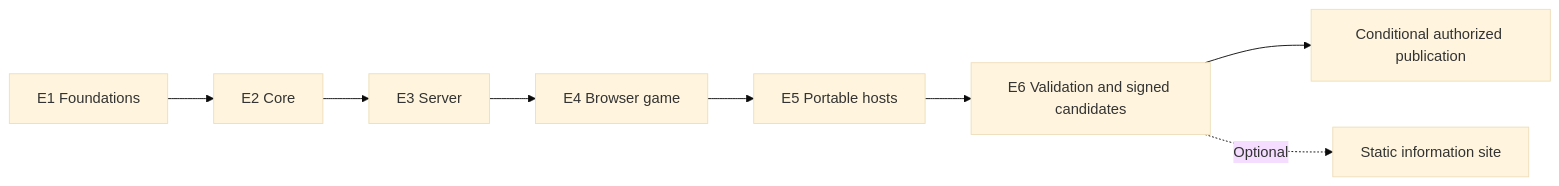
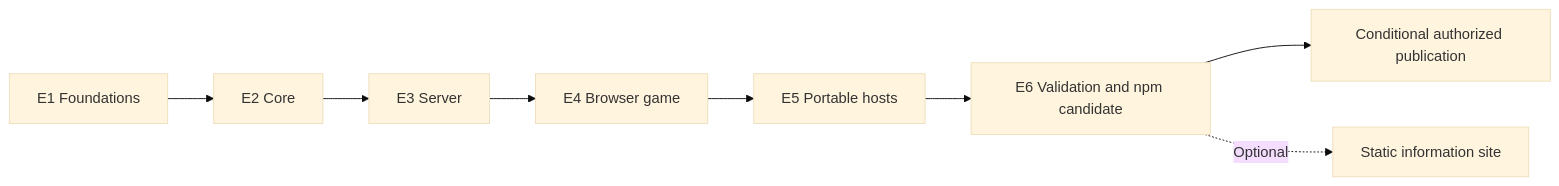
The diagram in docs/IMPLEMENTATION-PLAN.md (hongkian03/niche-out), drawn with Mermaid (base theme) before and after one commit. The commit also changed other lines of this file and 145 other files, not shown here.

````diff
--- a/docs/IMPLEMENTATION-PLAN.md
+++ b/docs/IMPLEMENTATION-PLAN.md
@@ -45,10 +53,10 @@
 ```mermaid
 flowchart LR
     E1[E1 Foundations] --> E2[E2 Core]
     E2 --> E3[E3 Server]
     E3 --> E4[E4 Browser game]
     E4 --> E5[E5 Portable hosts]
-    E5 --> E6[E6 Validation and signed candidates]
+    E5 --> E6[E6 Validation and npm candidate]
     E6 --> P[Conditional authorized publication]
     E6 -. Optional .-> W[Static information site]
 ```
````
